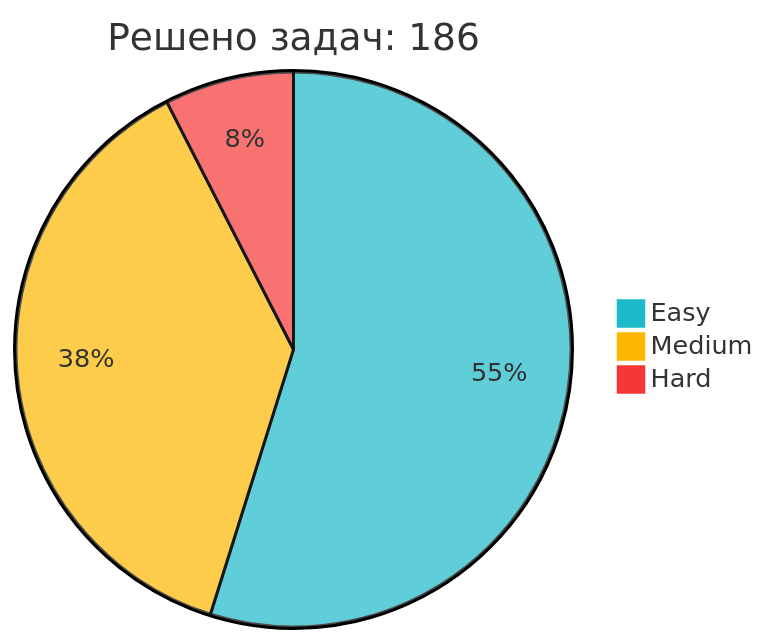
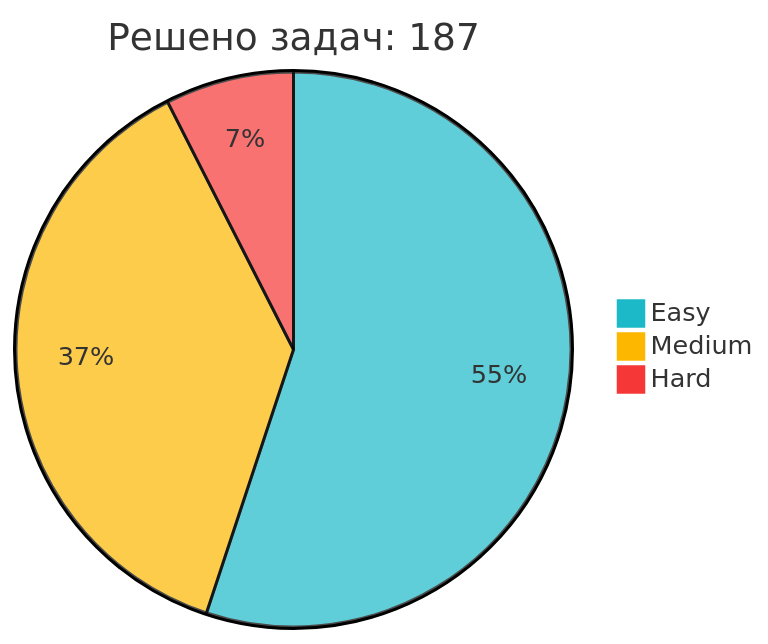
Before and after one commit to IliaKurdukov/IliaKurdukov: the diagram in README.md, drawn with Mermaid. The commit also changed other lines of this file, not shown here.

Commit message:
📈 Обновление статистики LeetCode

````diff
--- a/README.md
+++ b/README.md
@@ -51,7 +51,7 @@
 ```mermaid
 %%{init: {'theme': 'base', 'themeVariables': { 'pie1': '#1CBAC8', 'pie2': '#FEB700', 'pie3': '#F63737' }, 'config': {'width': 300, 'height': 200}}}%%
-pie title Решено задач: 186
-   "Easy" : 102
+pie title Решено задач: 187
+   "Easy" : 103
    "Medium" : 70
    "Hard" : 14
 ```
````
